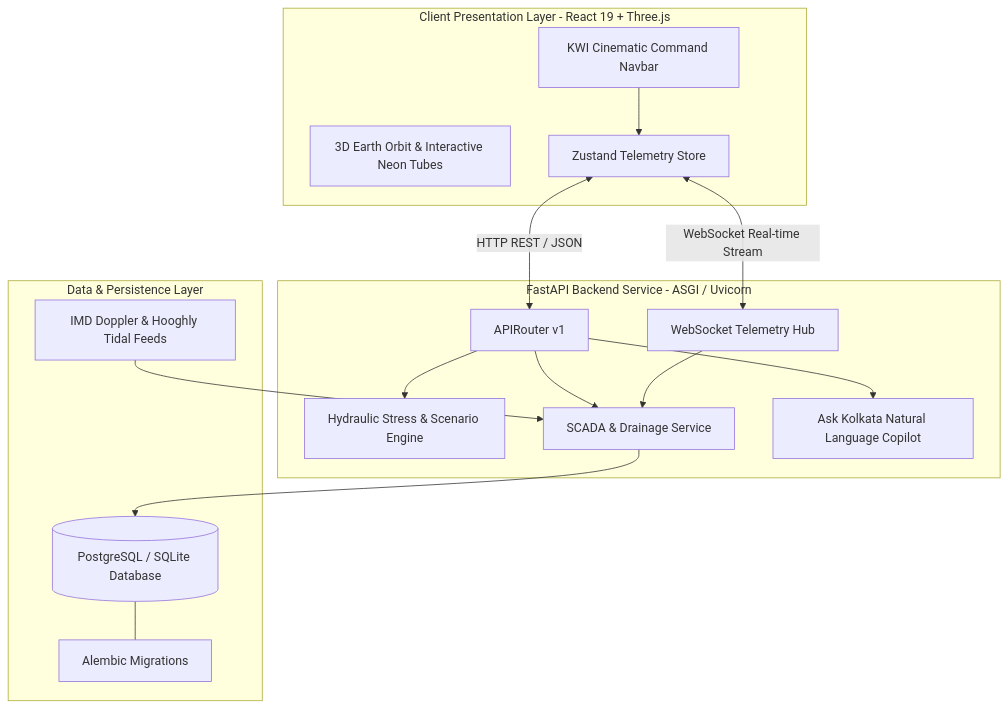
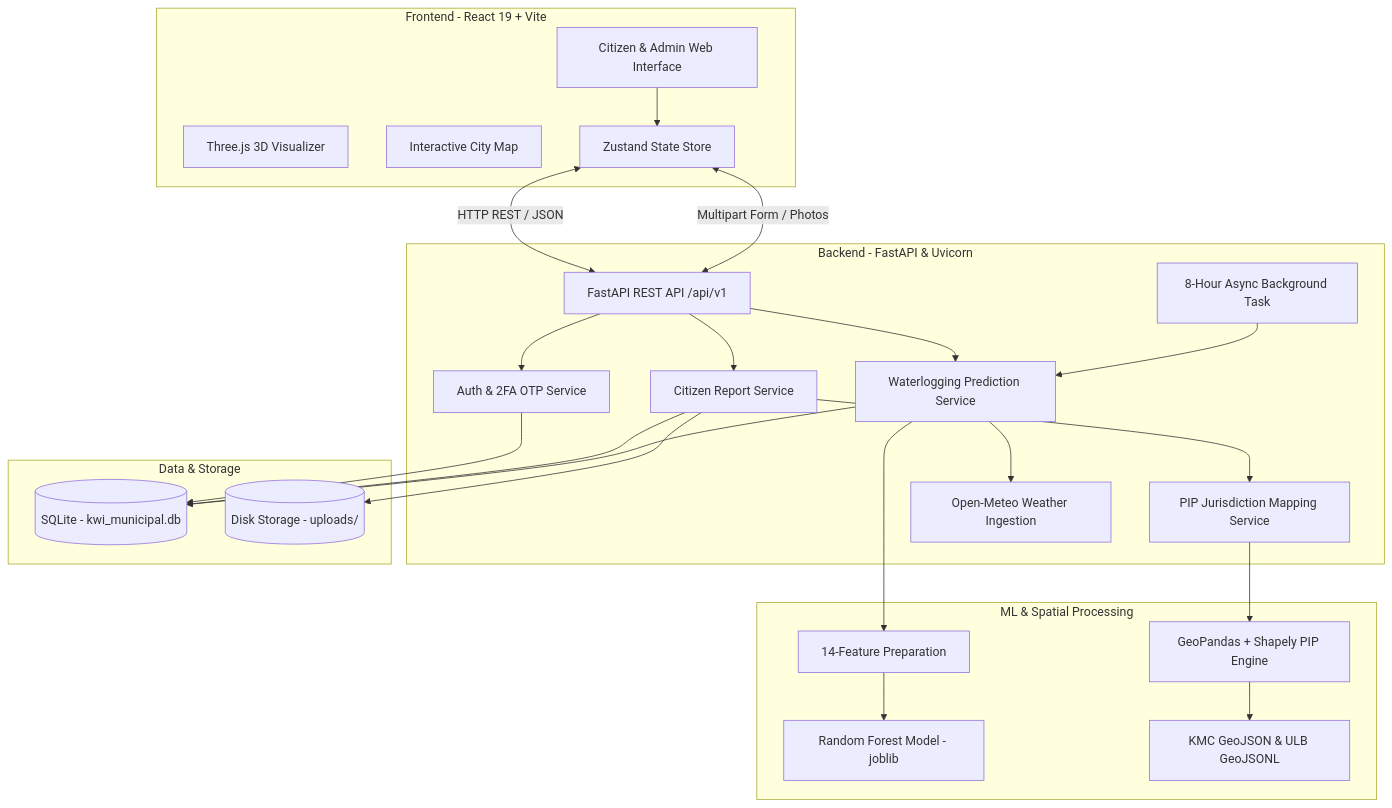
Before and after one commit to Asish2404/Nivara: the diagram in README.md, drawn with Mermaid. The commit also changed other lines of this file, not shown here.

````diff
--- a/README.md
+++ b/README.md
@@ -64,33 +107,53 @@
 ```mermaid
 graph TD
-    subgraph Client [Client Presentation Layer - React 19 + Three.js]
-        Navbar[KWI Cinematic Command Navbar]
-        Canvas[3D Earth Orbit & Interactive Neon Tubes]
-        Store[Zustand Telemetry Store]
+    subgraph Client [Frontend - React 19 + Vite]
+        UI[Citizen & Admin Web Interface]
+        ThreeJS[Three.js 3D Visualizer]
+        LeafletMap[Interactive City Map]
+        Store[Zustand State Store]
     end
 
-    subgraph FastAPI_Backend [FastAPI Backend Service - ASGI / Uvicorn]
-        Router[APIRouter v1]
-        SimEngine[Hydraulic Stress & Scenario Engine]
-        TelemetryService[SCADA & Drainage Service]
-        CopilotEngine[Ask Kolkata Natural Language Copilot]
-        WSServer[WebSocket Telemetry Hub]
+    subgraph Server [Backend - FastAPI & Uvicorn]
+        API[FastAPI REST API /api/v1]
+        AuthSvc[Auth & 2FA OTP Service]
+        ReportSvc[Citizen Report Service]
+        JurisdictionSvc[PIP Jurisdiction Mapping Service]
+        WaterloggingSvc[Waterlogging Prediction Service]
+        WeatherSvc[Open-Meteo Weather Ingestion]
+        Scheduler[8-Hour Async Background Task]
     end
 
-    subgraph Data_Layer [Data & Persistence Layer]
-        DB[(PostgreSQL / SQLite Database)]
-        Alembic[Alembic Migrations]
-        RadarFeed[IMD Doppler & Hooghly Tidal Feeds]
+    subgraph ML_Spatial [ML & Spatial Processing]
+        RFModel[Random Forest Model - joblib]
+        FeatureMatrix[14-Feature Preparation]
+        GeoEngine[GeoPandas + Shapely PIP Engine]
+        Boundaries[KMC GeoJSON & ULB GeoJSONL]
     end
 
-    Navbar --> Store
-    Store <-->|HTTP REST / JSON| Router
-    Store <-->|WebSocket Real-time Stream| WSServer
-    Router --> TelemetryService
-    Router --> SimEngine
-    Router --> CopilotEngine
-    TelemetryService --> DB
-    WSServer --> TelemetryService
-    RadarFeed --> TelemetryService
-    DB --- Alembic
+    subgraph Data [Data & Storage]
+        DB[(SQLite - kwi_municipal.db)]
+        Uploads[(Disk Storage - uploads/)]
+    end
+
+    UI --> Store
+    Store <-->|HTTP REST / JSON| API
+    Store <-->|Multipart Form / Photos| API
+
+    API --> AuthSvc
+    API --> ReportSvc
+    API --> WaterloggingSvc
+
+    ReportSvc --> JurisdictionSvc
+    ReportSvc --> Uploads
+    JurisdictionSvc --> GeoEngine
+    GeoEngine --> Boundaries
+
+    WaterloggingSvc --> WeatherSvc
+    WaterloggingSvc --> FeatureMatrix
+    FeatureMatrix --> RFModel
+    Scheduler --> WaterloggingSvc
+
+    AuthSvc --> DB
+    ReportSvc --> DB
+    WaterloggingSvc --> DB
 ```
````
